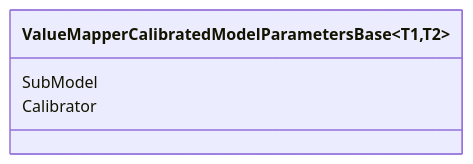
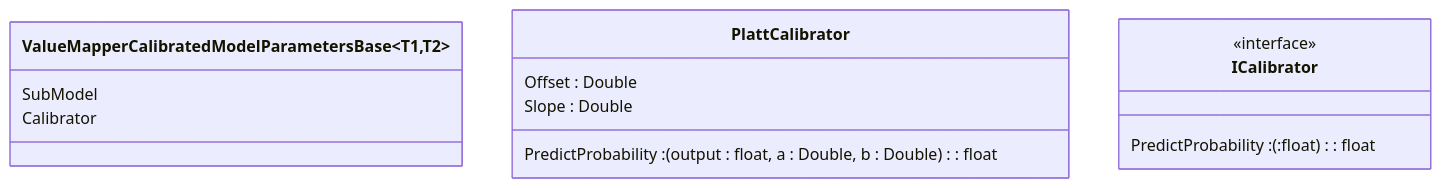
Before and after one commit to rgesteve/mlnetarchdiagrams: the diagram in class_calibrator.mmd, drawn with Mermaid.

Commit message:
Started Platt calibration hierarchy

```diff
--- a/class_calibrator.mmd
+++ b/class_calibrator.mmd
@@ -1,5 +1,16 @@
 classDiagram 
   class ValueMapperCalibratedModelParametersBase~T1,T2~ {
     SubModel
     Calibrator
   }
+
+  class PlattCalibrator {
+    Offset : Double
+    Slope : Double
+    PredictProbability : (output : float, a : Double, b : Double) : float
+  }
+  
+  class ICalibrator {
+    PredictProbability : (:float) : float
+  }
+  <<interface>> ICalibrator
```
